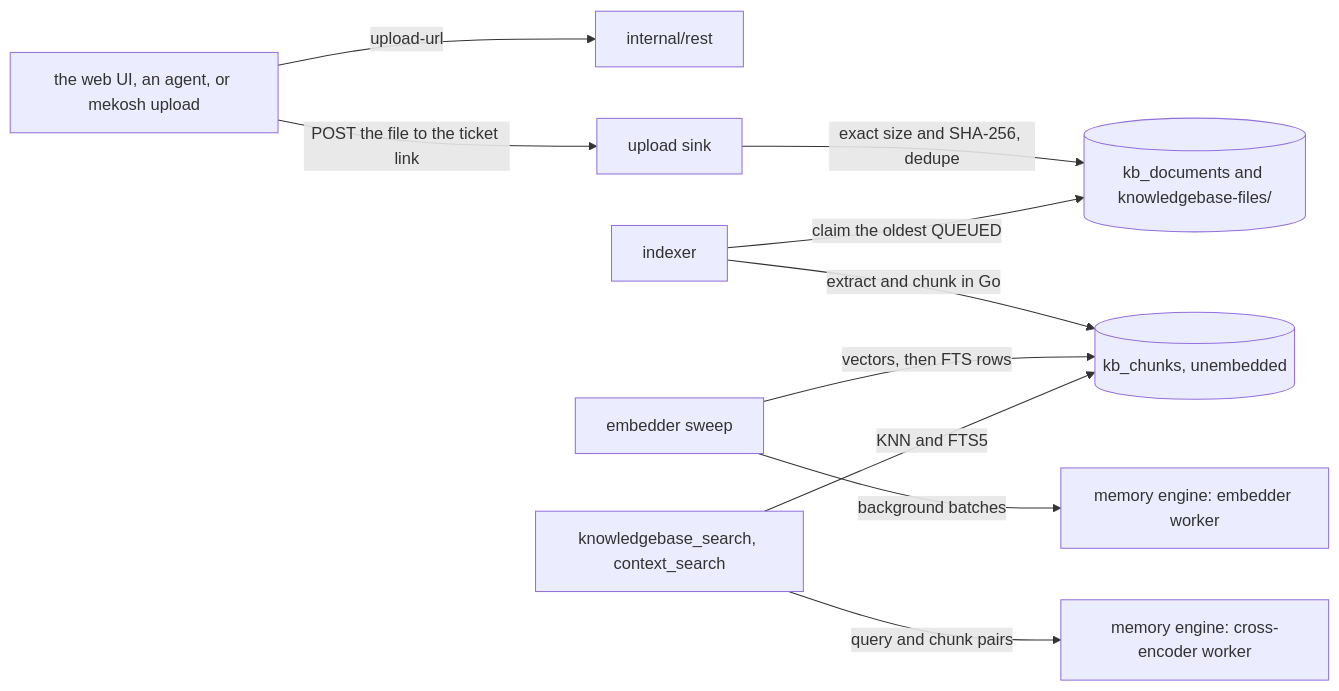
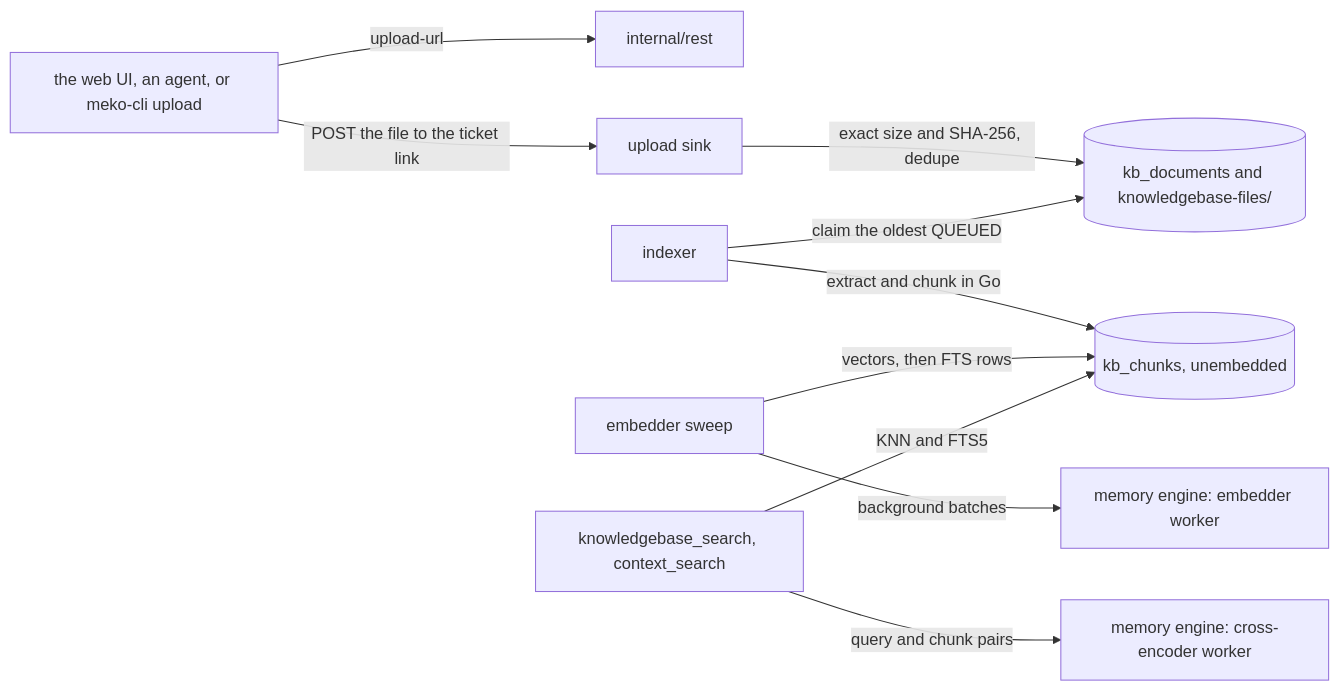
Before and after one commit to yugabyte/meko: the diagram in backend/docs/knowledge.md, drawn with Mermaid. The commit also changed other lines of this file and 31 other files, not shown here.

First line of the commit message:
feat(meko)!: rename mekosh to meko-cli

````diff
--- a/backend/docs/knowledge.md
+++ b/backend/docs/knowledge.md
@@ -39,12 +39,12 @@
 ```mermaid
 flowchart LR
-  caller["the web UI, an agent, or mekosh upload"] -->|"upload-url"| rest["internal/rest"]
+  caller["the web UI, an agent, or meko-cli upload"] -->|"upload-url"| rest["internal/rest"]
   caller -->|"POST the file to the ticket link"| sink["upload sink"]
   sink -->|"exact size and SHA-256, dedupe"| docs[("kb_documents and knowledgebase-files/")]
   idx["indexer"] -->|"claim the oldest QUEUED"| docs
   idx -->|"extract and chunk in Go"| chunks[("kb_chunks, unembedded")]
   sweep["embedder sweep"] -->|"background batches"| emb["memory engine: embedder worker"]
   sweep -->|"vectors, then FTS rows"| chunks
   search["knowledgebase_search, context_search"] -->|"KNN and FTS5"| chunks
   search -->|"query and chunk pairs"| rr["memory engine: cross-encoder worker"]
 ```
````
